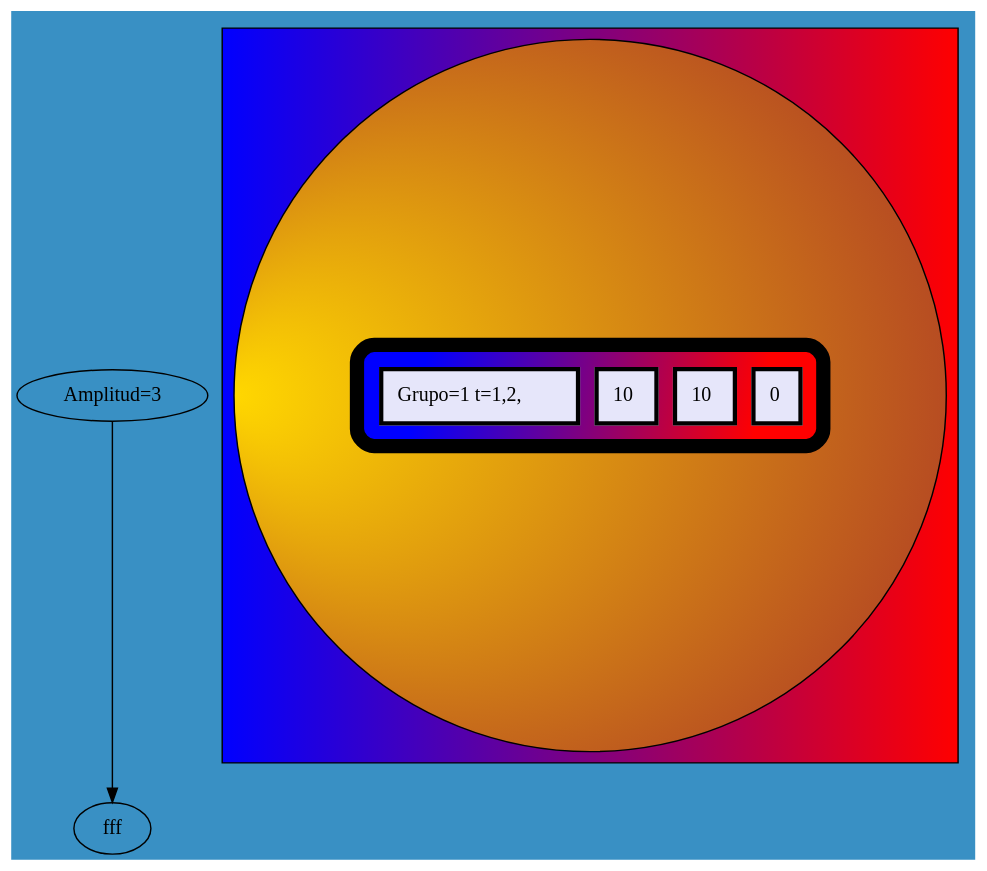
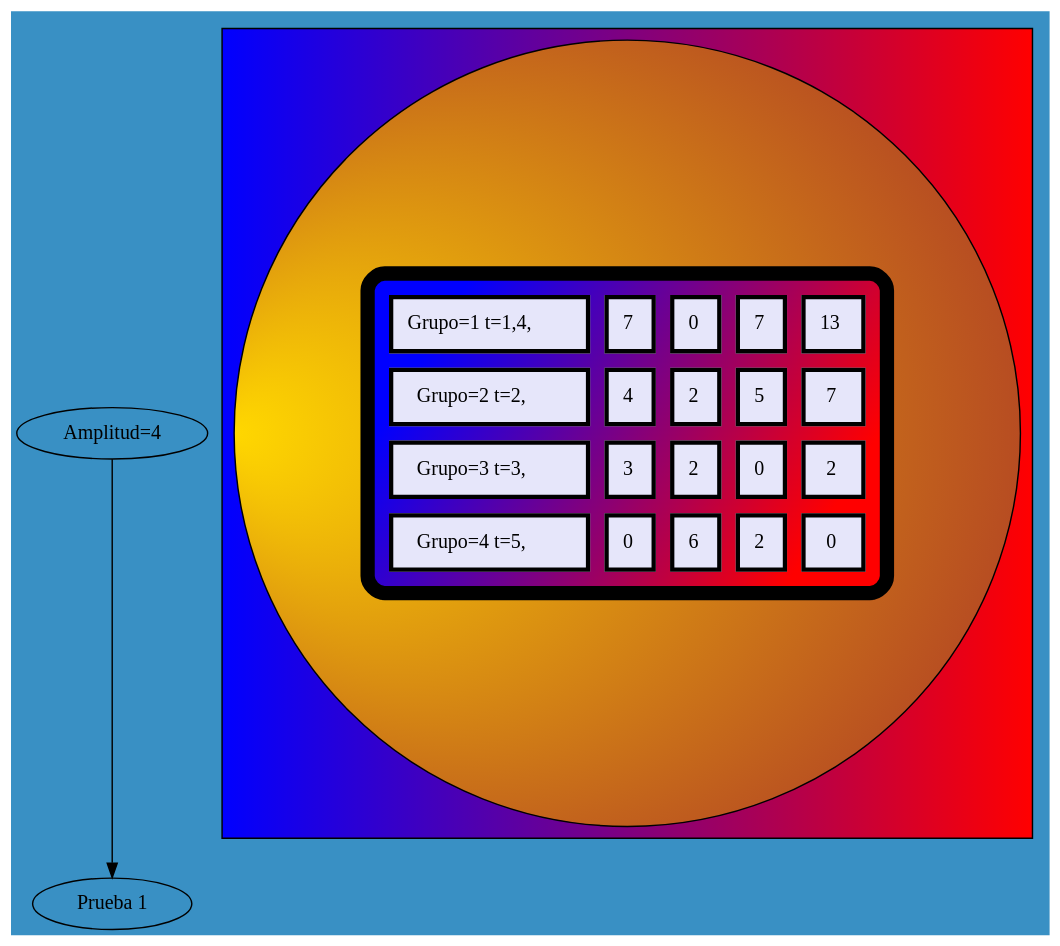
One commit to helenrodas/-IPC2_Proyecto1_202200066 changed the diagram in bb.dot. Above: the diagram before and after it, drawn with Graphviz. The commit also changed 21 other files, not shown here.

```diff
--- a/bb.dot
+++ b/bb.dot
@@ -1,13 +1,32 @@
 
-            digraph G {"Amplitud=3"->" fff" bgcolor="#3990C4" style="filled"
+            digraph G {"Amplitud=4"->" Prueba 1" bgcolor="#3990C4" style="filled"
             subgraph cluster1 {fillcolor="blue:red" style="filled"
             node [shape=circle fillcolor="gold:brown" style="radial" gradientangle=180]
             a0 [ label=<
             <TABLE border="10" cellspacing="10" cellpadding="10" style="rounded" bgcolor="blue:red" gradientangle="315">
-<TR><TD border="3"  bgcolor="lavender" gradientangle="315">Grupo=1 t=1,2,</TD>
-<TD border="3"  bgcolor="lavender" gradientangle="315">10</TD>
-<TD border="3"  bgcolor="lavender" gradientangle="315">10</TD>
+<TR><TD border="3"  bgcolor="lavender" gradientangle="315">Grupo=1 t=1,4,</TD>
+<TD border="3"  bgcolor="lavender" gradientangle="315">7</TD>
+<TD border="3"  bgcolor="lavender" gradientangle="315">0</TD>
+<TD border="3"  bgcolor="lavender" gradientangle="315">7</TD>
+<TD border="3"  bgcolor="lavender" gradientangle="315">13</TD>
+</TR>
+<TR><TD border="3"  bgcolor="lavender" gradientangle="315">Grupo=2 t=2,</TD>
+<TD border="3"  bgcolor="lavender" gradientangle="315">4</TD>
+<TD border="3"  bgcolor="lavender" gradientangle="315">2</TD>
+<TD border="3"  bgcolor="lavender" gradientangle="315">5</TD>
+<TD border="3"  bgcolor="lavender" gradientangle="315">7</TD>
+</TR>
+<TR><TD border="3"  bgcolor="lavender" gradientangle="315">Grupo=3 t=3,</TD>
+<TD border="3"  bgcolor="lavender" gradientangle="315">3</TD>
+<TD border="3"  bgcolor="lavender" gradientangle="315">2</TD>
+<TD border="3"  bgcolor="lavender" gradientangle="315">0</TD>
+<TD border="3"  bgcolor="lavender" gradientangle="315">2</TD>
+</TR>
+<TR><TD border="3"  bgcolor="lavender" gradientangle="315">Grupo=4 t=5,</TD>
+<TD border="3"  bgcolor="lavender" gradientangle="315">0</TD>
+<TD border="3"  bgcolor="lavender" gradientangle="315">6</TD>
+<TD border="3"  bgcolor="lavender" gradientangle="315">2</TD>
 <TD border="3"  bgcolor="lavender" gradientangle="315">0</TD>
  </TR></TABLE>>];
                 }
                 }
```
